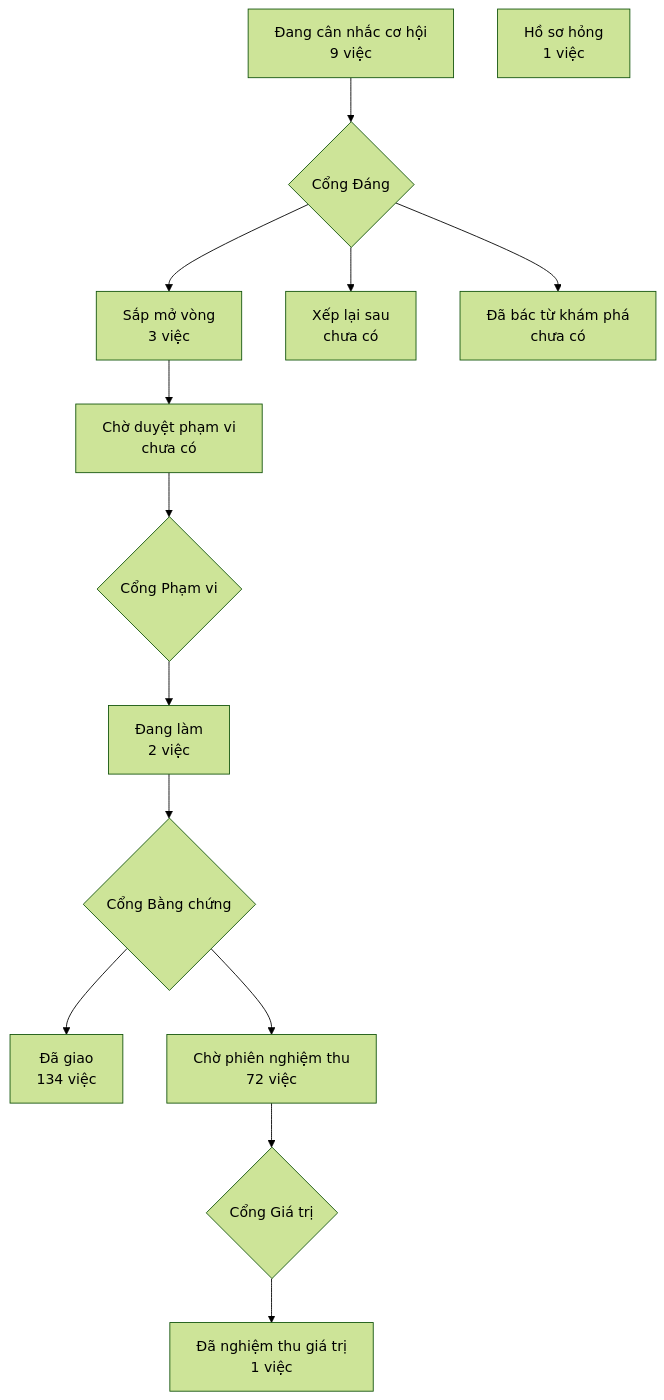
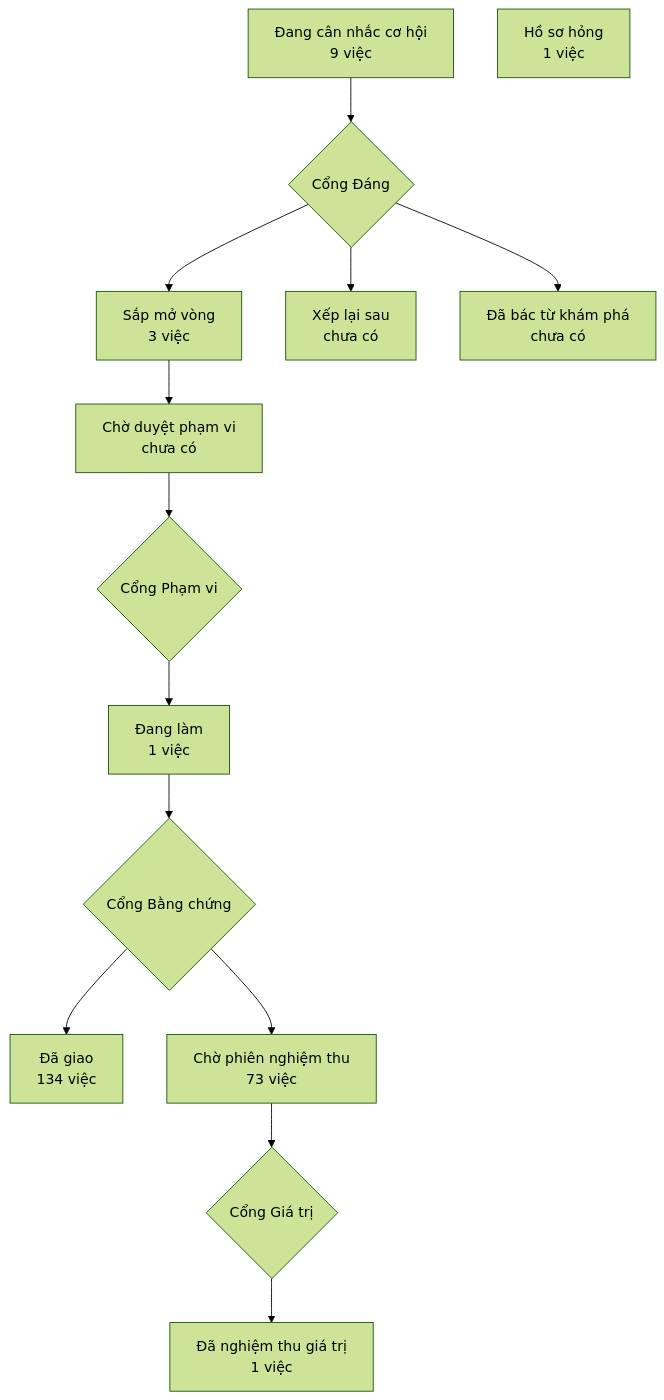
One commit to phanlemanh/crm-onehub changed the diagram in PRODUCT-MAP.md. Above: the diagram before and after it, drawn with Mermaid (forest theme).

Commit message:
chore: vẽ lại bản đồ sản phẩm sau chữ ký Cổng 2 thuoc-mot-cho-khai-quet-man

````diff
--- a/PRODUCT-MAP.md
+++ b/PRODUCT-MAP.md
@@ -7,13 +7,13 @@
 ```mermaid
 flowchart TD
   A["Đang cân nhắc cơ hội<br/>9 việc"] --> GD{"Cổng Đáng"}
   GD --> B["Sắp mở vòng<br/>3 việc"]
   GD --> XL["Xếp lại sau<br/>chưa có"]
   GD --> DB["Đã bác từ khám phá<br/>chưa có"]
   B --> CD["Chờ duyệt phạm vi<br/>chưa có"] --> GP{"Cổng Phạm vi"}
-  GP --> DL["Đang làm<br/>2 việc"] --> GB{"Cổng Bằng chứng"}
+  GP --> DL["Đang làm<br/>1 việc"] --> GB{"Cổng Bằng chứng"}
   GB --> DG["Đã giao<br/>134 việc"]
-  GB --> CN["Chờ phiên nghiệm thu<br/>72 việc"] --> GG{"Cổng Giá trị"}
+  GB --> CN["Chờ phiên nghiệm thu<br/>73 việc"] --> GG{"Cổng Giá trị"}
   GG --> NT["Đã nghiệm thu giá trị<br/>1 việc"]
   HS["Hồ sơ hỏng<br/>1 việc"]
 ```
````
